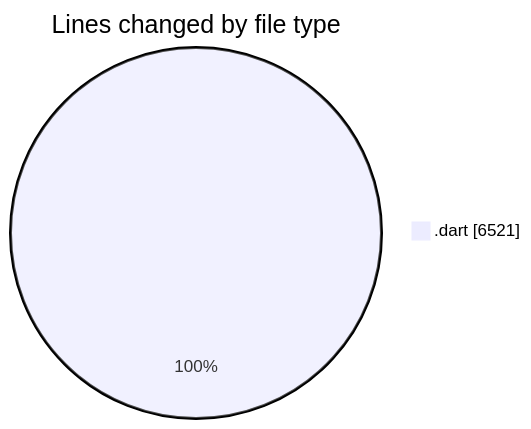
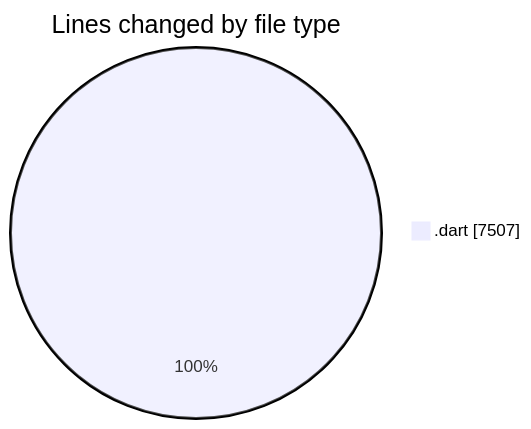
Before and after one commit to lephambinh05/code-tracking: the first of 2 diagrams in 2025-08-16/studybuddy/README.md, drawn with Mermaid. The commit also changed other lines of this file and 1 other file, not shown here.

````diff
--- a/2025-08-16/studybuddy/README.md
+++ b/2025-08-16/studybuddy/README.md
@@ -34,5 +36,5 @@
 ```mermaid
 pie showData
 title Lines changed by file type
-".dart" : 6521
+".dart" : 7507
 ```
````
